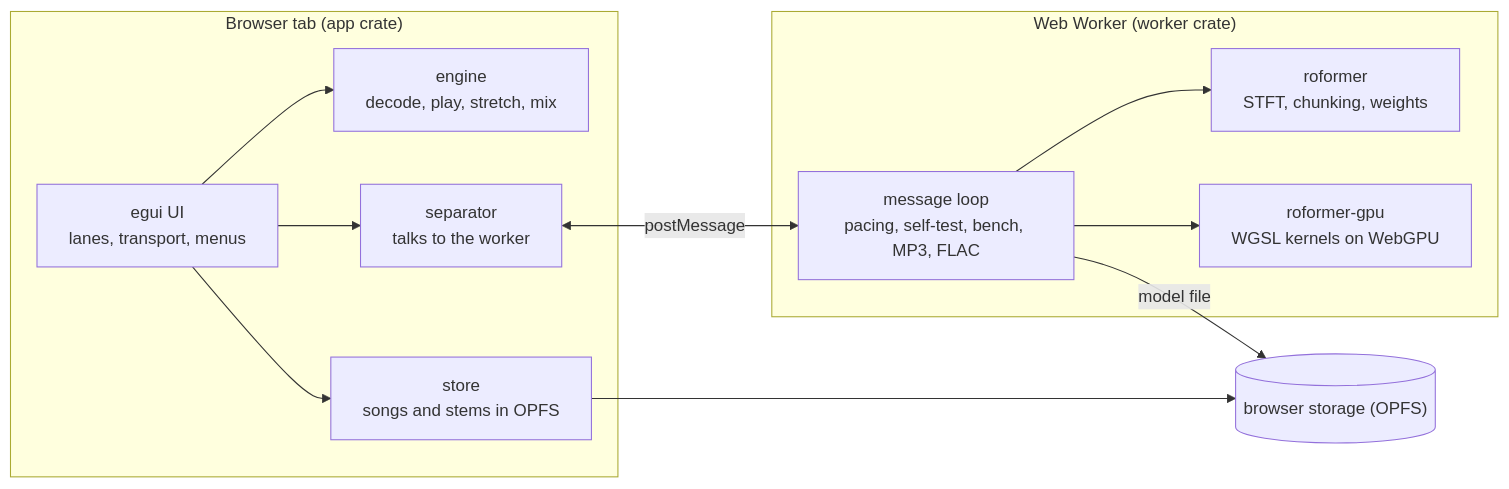
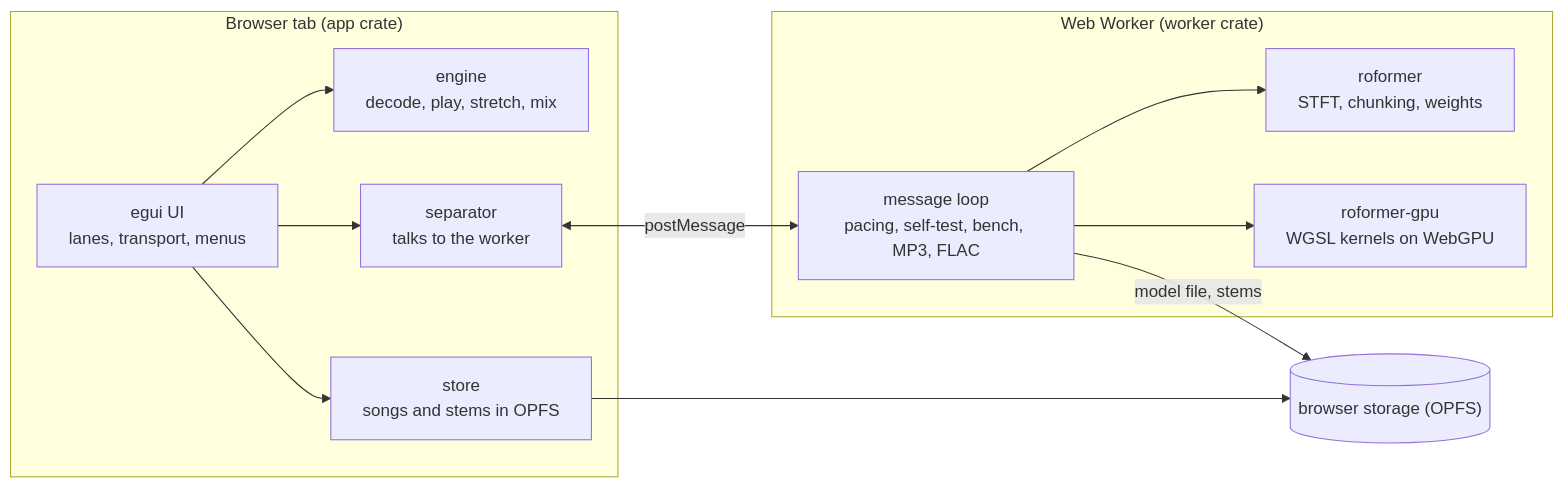
The first of 5 diagrams in docs/ARCHITECTURE.md (lloydmeta/stemyla), drawn with Mermaid before and after one commit. The commit also changed other lines of this file and 5 other files, not shown here.

First line of the commit message:
M3 step 3: the page separates into browser storage

````diff
--- a/docs/ARCHITECTURE.md
+++ b/docs/ARCHITECTURE.md
@@ -5,22 +5,22 @@
 ```mermaid
 flowchart LR
   subgraph page["Browser tab (app crate)"]
     UI["egui UI<br/>lanes, transport, menus"]
     ENG["engine<br/>decode, play, stretch, mix"]
     STORE["store<br/>songs and stems in OPFS"]
     SEP["separator<br/>talks to the worker"]
   end
   subgraph worker["Web Worker (worker crate)"]
     W["message loop<br/>pacing, self-test, bench, MP3, FLAC"]
     RF["roformer<br/>STFT, chunking, weights"]
     GPU["roformer-gpu<br/>WGSL kernels on WebGPU"]
   end
   UI --> ENG
   UI --> STORE
   UI --> SEP
   SEP <-->|postMessage| W
   W --> RF
   W --> GPU
-  W -->|model file| OPFS[("browser storage (OPFS)")]
+  W -->|model file, stems| OPFS[("browser storage (OPFS)")]
   STORE --> OPFS
 ```
````
